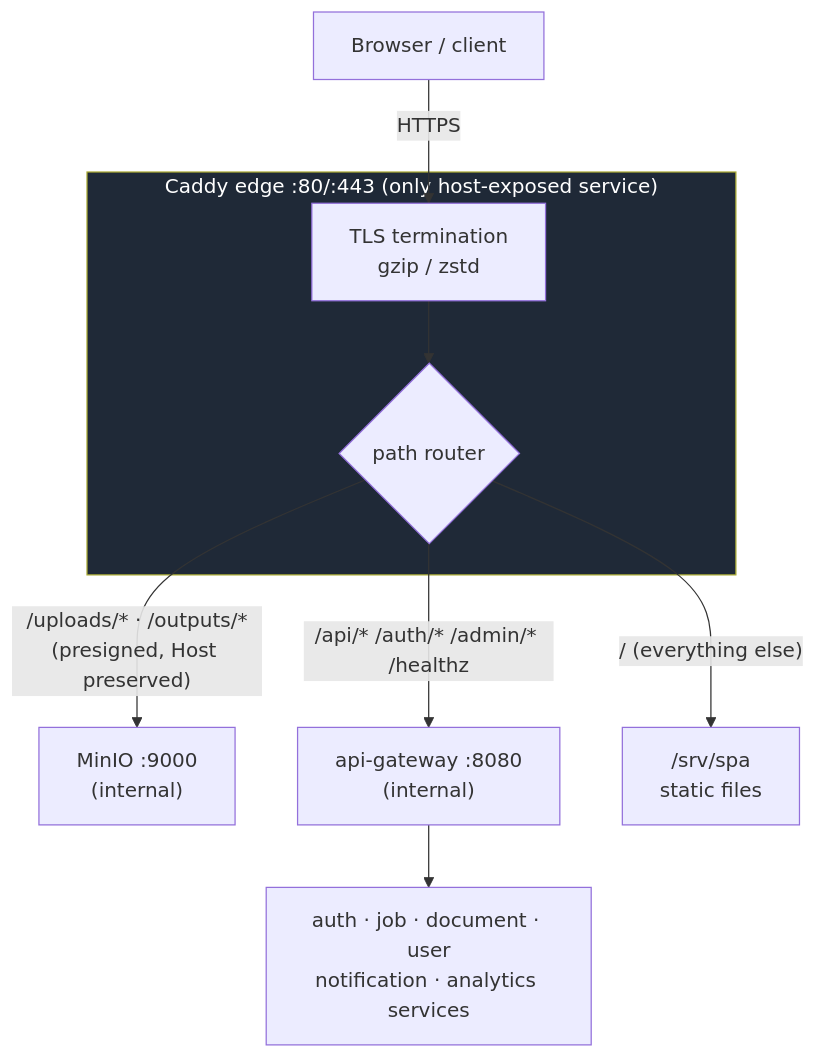
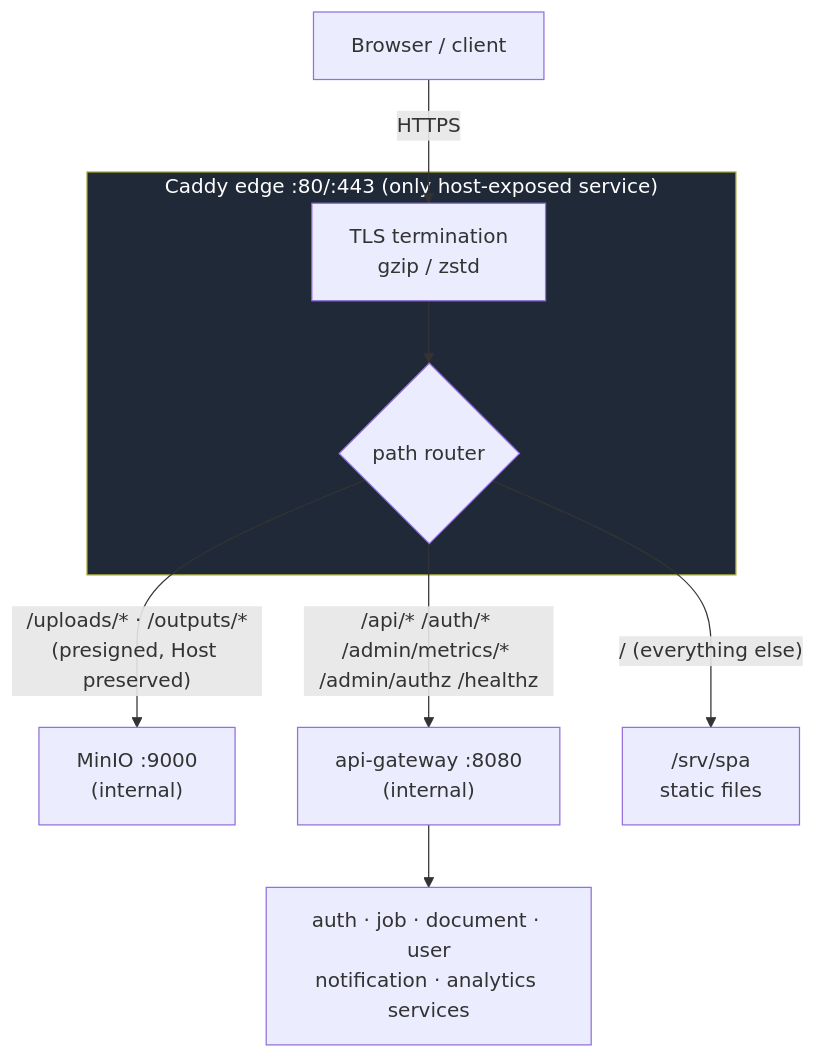
Before and after one commit to code-farms/fyredocs_backend: the first of 2 diagrams in docs/developer/architecture/caddy-edge.md, drawn with Mermaid. The commit also changed other lines of this file and 3 other files, not shown here.

````diff
--- a/docs/developer/architecture/caddy-edge.md
+++ b/docs/developer/architecture/caddy-edge.md
@@ -66,18 +67,18 @@
 ```mermaid
 graph TB
     Browser["Browser / client"]
 
     subgraph edge["Caddy edge :80/:443 (only host-exposed service)"]
         TLS["TLS termination<br/>gzip / zstd"]
         R{"path router"}
     end
 
     Browser -->|HTTPS| TLS --> R
     R -->|"/uploads/* · /outputs/*<br/>(presigned, Host preserved)"| MINIO["MinIO :9000<br/>(internal)"]
-    R -->|"/api/* /auth/* /admin/* /healthz"| GW["api-gateway :8080<br/>(internal)"]
+    R -->|"/api/* /auth/* /admin/metrics/* /admin/authz /healthz"| GW["api-gateway :8080<br/>(internal)"]
     R -->|"/ (everything else)"| SPA["/srv/spa<br/>static files"]
 
     GW --> SVCS["auth · job · document · user<br/>notification · analytics services"]
 
     style edge fill:#1f2937,color:#fff
 ```
````
